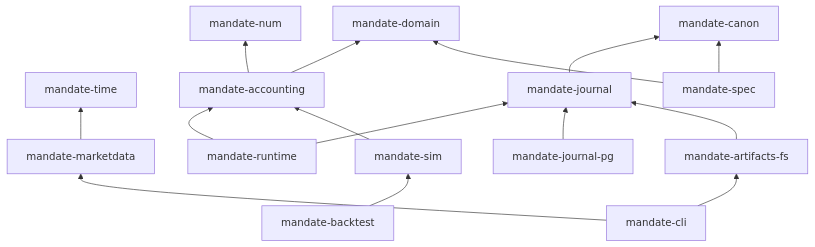
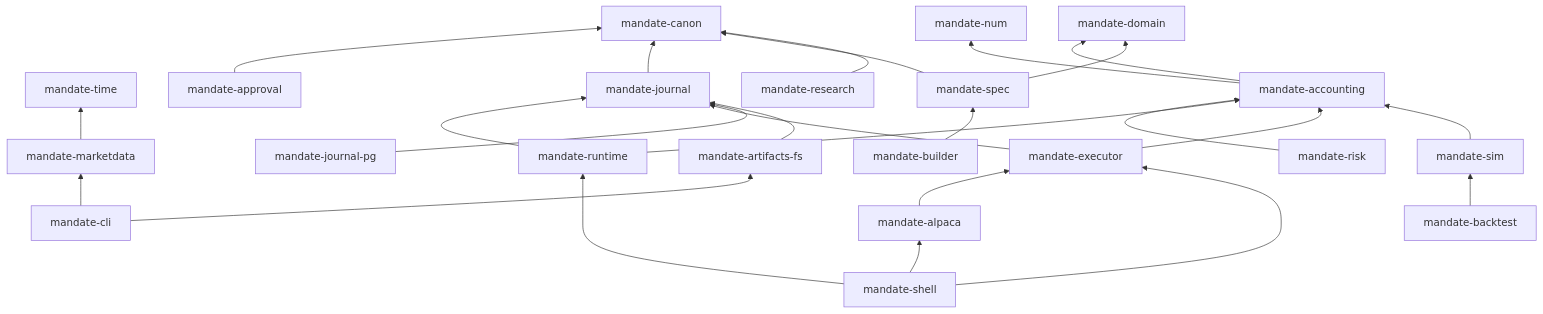
Before and after one commit to kunwarshivam/mandate: the second of 2 diagrams in README.md, drawn with Mermaid. The commit also changed other lines of this file and 3 other files, not shown here.

````diff
--- a/README.md
+++ b/README.md
@@ -140,21 +142,31 @@
 ```mermaid
 flowchart BT
     num[mandate-num]
     time[mandate-time]
     canon[mandate-canon]
     domain[mandate-domain]
+    approval[mandate-approval] --> canon
     acct[mandate-accounting] --> num
     acct --> domain
     journal[mandate-journal] --> canon
     spec[mandate-spec] --> domain
     spec --> canon
+    risk[mandate-risk] --> acct
+    builder[mandate-builder] --> spec
+    research[mandate-research] --> canon
     runtime[mandate-runtime] --> journal
     runtime --> acct
+    executor[mandate-executor] --> journal
+    executor --> acct
     sim[mandate-sim] --> acct
     md[mandate-marketdata] --> time
     pg[mandate-journal-pg] --> journal
     fs[mandate-artifacts-fs] --> journal
     bt[mandate-backtest] --> sim
+    alpaca[mandate-alpaca] --> executor
     cli[mandate-cli] --> md
     cli --> fs
+    shell[mandate-shell] --> runtime
+    shell --> executor
+    shell --> alpaca
 ```
````
